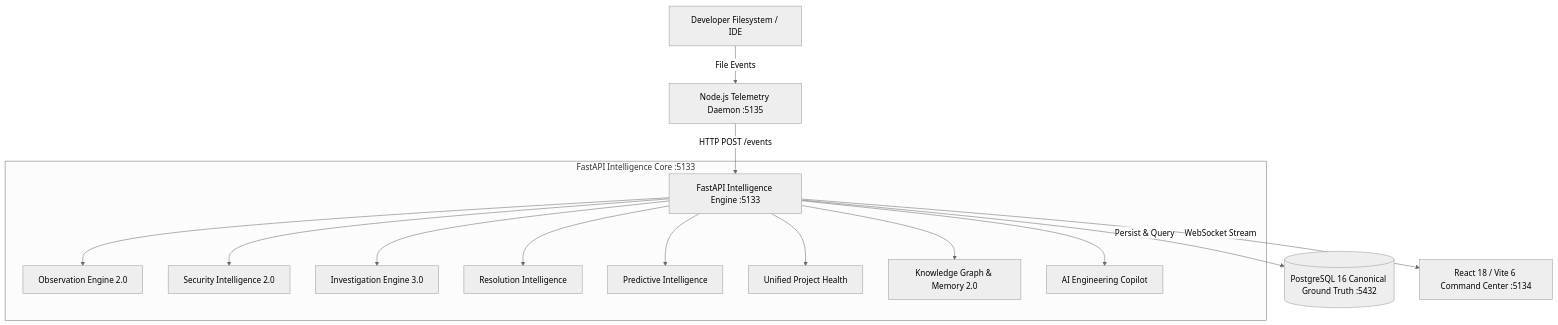
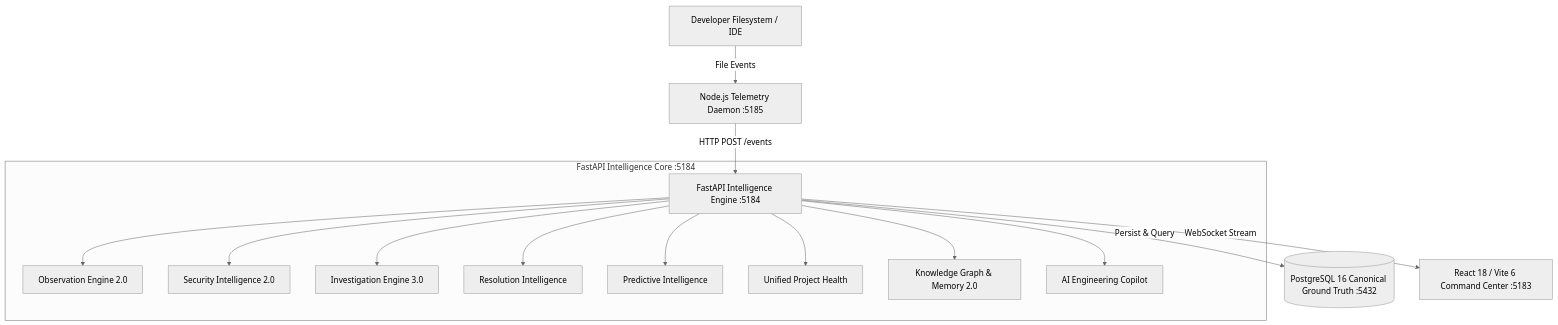
Before and after one commit to sanket200511/VibePulse: the diagram in docs/architecture/ARCHITECTURE.md, drawn with Mermaid (neutral theme). The commit also changed other lines of this file and 92 other files, not shown here.

Commit message:
feat: complete Correlation & Causality Graph UI/UX redesign with Fullscreen mode, gesture controls, and investigation deep-links

````diff
--- a/docs/architecture/ARCHITECTURE.md
+++ b/docs/architecture/ARCHITECTURE.md
@@ -28,18 +28,18 @@
 ```mermaid
 flowchart TD
-    IDE[Developer Filesystem / IDE] -->|File Events| Daemon[Node.js Telemetry Daemon :5135]
-    Daemon -->|HTTP POST /events| API[FastAPI Intelligence Engine :5133]
+    IDE[Developer Filesystem / IDE] -->|File Events| Daemon[Node.js Telemetry Daemon :5185]
+    Daemon -->|HTTP POST /events| API[FastAPI Intelligence Engine :5184]
     API -->|Persist & Query| DB[(PostgreSQL 16 Canonical Ground Truth :5432)]
-    API -->|WebSocket Stream| UI[React 18 / Vite 6 Command Center :5134]
+    API -->|WebSocket Stream| UI[React 18 / Vite 6 Command Center :5183]
 
-    subgraph Intelligence Core [FastAPI Intelligence Core :5133]
+    subgraph Intelligence Core [FastAPI Intelligence Core :5184]
         API --> OBS[Observation Engine 2.0]
         API --> SEC[Security Intelligence 2.0]
         API --> INV[Investigation Engine 3.0]
         API --> RES[Resolution Intelligence]
         API --> PRED[Predictive Intelligence]
         API --> HEALTH[Unified Project Health]
         API --> KG[Knowledge Graph & Memory 2.0]
         API --> COPILOT[AI Engineering Copilot]
     end
 ```
````
